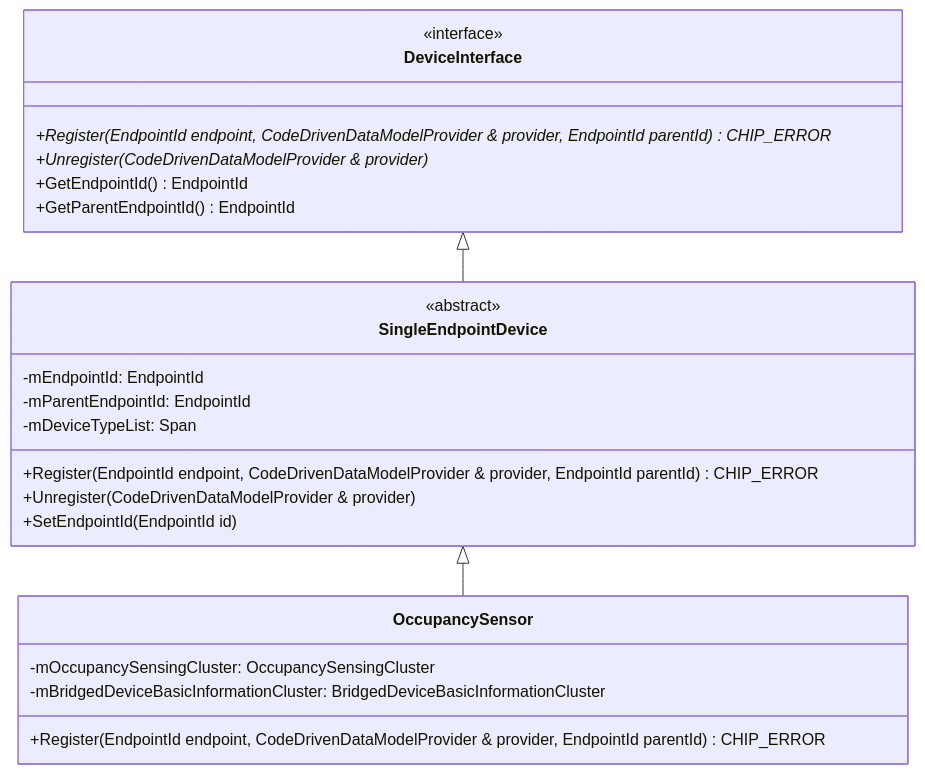
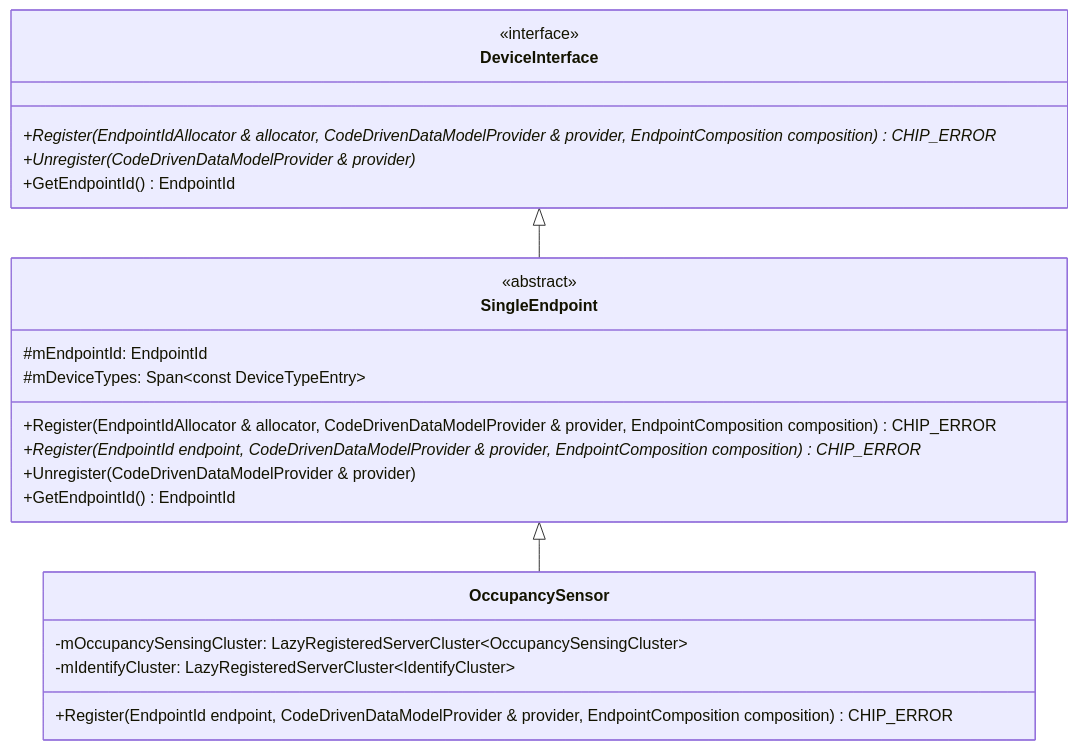
The second of 3 diagrams in examples/all-devices-app/docs/architecture.md (project-chip/connectedhomeip), drawn with Mermaid before and after one commit. The commit also changed other lines of this file and 15 other files, not shown here.

````diff
--- a/examples/all-devices-app/docs/architecture.md
+++ b/examples/all-devices-app/docs/architecture.md
@@ -80,29 +86,28 @@
 ```mermaid
 classDiagram
     class DeviceInterface {
         <<interface>>
-        +Register(EndpointId endpoint, CodeDrivenDataModelProvider & provider, EndpointId parentId)* CHIP_ERROR
+        +Register(EndpointIdAllocator & allocator, CodeDrivenDataModelProvider & provider, EndpointComposition composition)* CHIP_ERROR
         +Unregister(CodeDrivenDataModelProvider & provider)*
         +GetEndpointId() EndpointId
-        +GetParentEndpointId() EndpointId
     }
 
-    class SingleEndpointDevice {
+    class SingleEndpoint {
         <<abstract>>
-        -mEndpointId: EndpointId
-        -mParentEndpointId: EndpointId
-        -mDeviceTypeList: Span<DeviceTypeDescriptor>
-        +Register(EndpointId endpoint, CodeDrivenDataModelProvider & provider, EndpointId parentId) CHIP_ERROR
+        #mEndpointId: EndpointId
+        #mDeviceTypes: Span~const DeviceTypeEntry~
+        +Register(EndpointIdAllocator & allocator, CodeDrivenDataModelProvider & provider, EndpointComposition composition) CHIP_ERROR
+        +Register(EndpointId endpoint, CodeDrivenDataModelProvider & provider, EndpointComposition composition)* CHIP_ERROR
         +Unregister(CodeDrivenDataModelProvider & provider)
-        +SetEndpointId(EndpointId id)
+        +GetEndpointId() EndpointId
     }
 
     class OccupancySensor {
-        -mOccupancySensingCluster: OccupancySensingCluster
-        -mBridgedDeviceBasicInformationCluster: BridgedDeviceBasicInformationCluster
-        +Register(EndpointId endpoint, CodeDrivenDataModelProvider & provider, EndpointId parentId) CHIP_ERROR
+        -mOccupancySensingCluster: LazyRegisteredServerCluster~OccupancySensingCluster~
+        -mIdentifyCluster: LazyRegisteredServerCluster~IdentifyCluster~
+        +Register(EndpointId endpoint, CodeDrivenDataModelProvider & provider, EndpointComposition composition) CHIP_ERROR
     }
 
-    DeviceInterface <|-- SingleEndpointDevice
-    SingleEndpointDevice <|-- OccupancySensor
+    DeviceInterface <|-- SingleEndpoint
+    SingleEndpoint <|-- OccupancySensor
 ```
````
